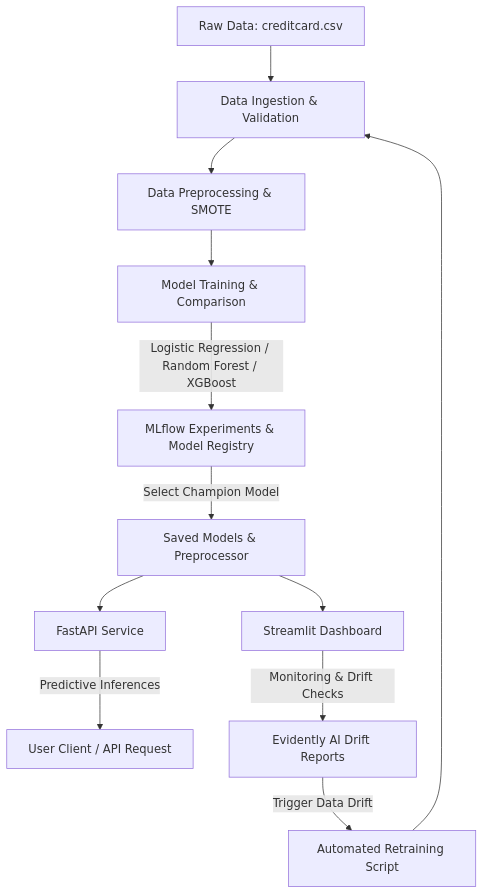
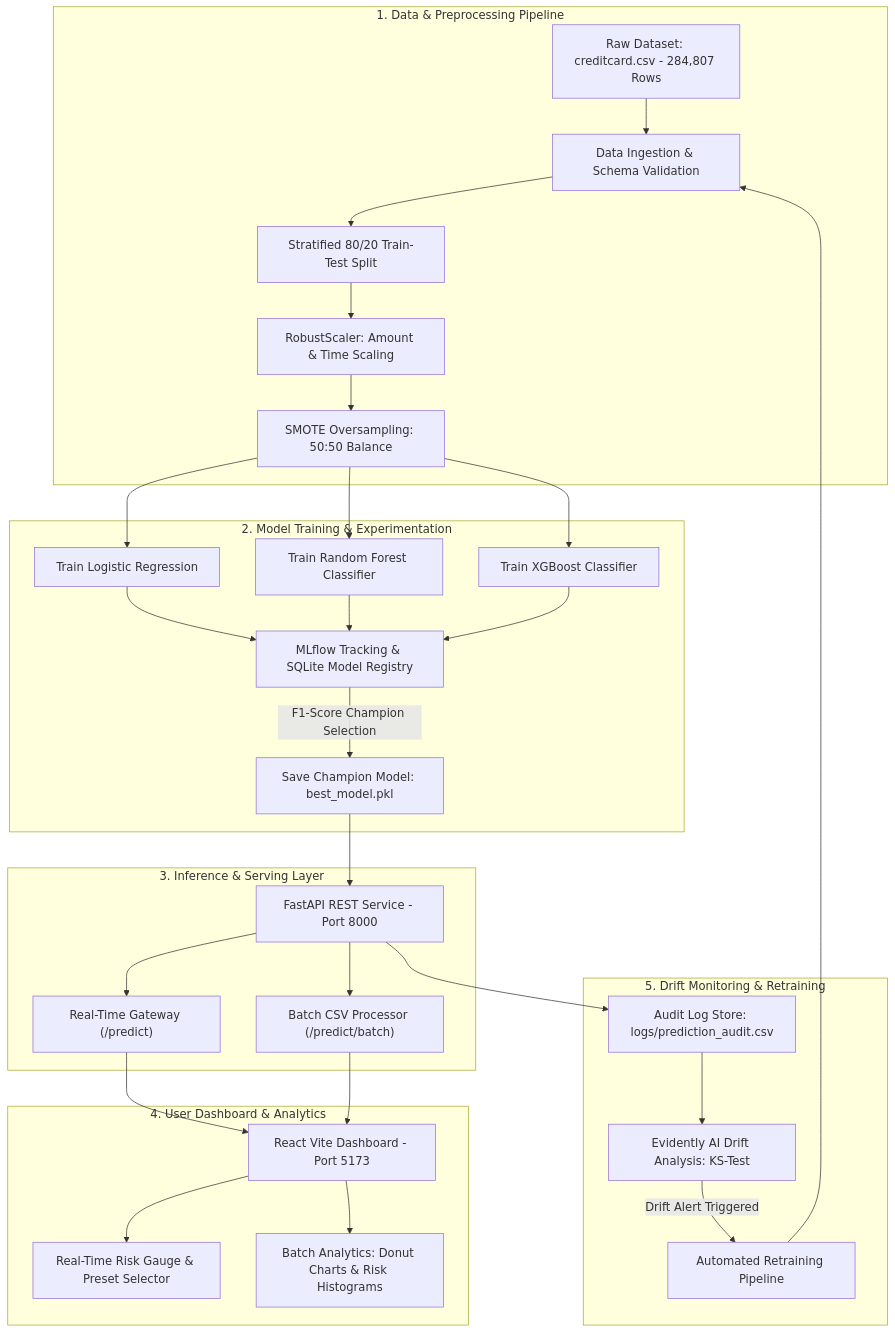
Before and after one commit to SRIKRISH-S/FraudGuard-MLOps: the diagram in README.md, drawn with Mermaid. The commit also changed other lines of this file, not shown here.

Commit message:
Overhaul README with Mermaid architecture diagram, model benchmarks, quickstart guides, and Render/Vercel/Railway deployment instructions

````diff
--- a/README.md
+++ b/README.md
@@ -11,14 +17,39 @@
 ```mermaid
 graph TD
-    A[Raw Data: creditcard.csv] --> B[Data Ingestion & Validation]
-    B --> C[Data Preprocessing & SMOTE]
-    C --> D[Model Training & Comparison]
-    D -->|Logistic Regression / Random Forest / XGBoost| E[MLflow Experiments & Model Registry]
-    E -->|Select Champion Model| F[Saved Models & Preprocessor]
-    F --> G[FastAPI Service]
-    F --> H[Streamlit Dashboard]
-    G -->|Predictive Inferences| I[User Client / API Request]
-    H -->|Monitoring & Drift Checks| J[Evidently AI Drift Reports]
-    J -->|Trigger Data Drift| K[Automated Retraining Script]
-    K --> B
+    subgraph DATA_PIPELINE ["1. Data & Preprocessing Pipeline"]
+        A[Raw Dataset: creditcard.csv - 284,807 Rows] --> B[Data Ingestion & Schema Validation]
+        B --> C[Stratified 80/20 Train-Test Split]
+        C --> D[RobustScaler: Amount & Time Scaling]
+        D --> E[SMOTE Oversampling: 50:50 Balance]
+    end
+
+    subgraph MODEL_PIPELINE ["2. Model Training & Experimentation"]
+        E --> F[Train Logistic Regression]
+        E --> G[Train Random Forest Classifier]
+        E --> H[Train XGBoost Classifier]
+        F --> I[MLflow Tracking & SQLite Model Registry]
+        G --> I
+        H --> I
+        I -->|F1-Score Champion Selection| J[Save Champion Model: best_model.pkl]
+    end
+
+    subgraph SERVING_LAYER ["3. Inference & Serving Layer"]
+        J --> K[FastAPI REST Service - Port 8000]
+        K --> L["Real-Time Gateway (/predict)"]
+        K --> M["Batch CSV Processor (/predict/batch)"]
+    end
+
+    subgraph FRONTEND_DASHBOARD ["4. User Dashboard & Analytics"]
+        L --> N["React Vite Dashboard - Port 5173"]
+        M --> N
+        N --> O[Real-Time Risk Gauge & Preset Selector]
+        N --> P[Batch Analytics: Donut Charts & Risk Histograms]
+    end
+
+    subgraph MLOPS_MONITORING ["5. Drift Monitoring & Retraining"]
+        K --> Q[Audit Log Store: logs/prediction_audit.csv]
+        Q --> R[Evidently AI Drift Analysis: KS-Test]
+        R -->|Drift Alert Triggered| S[Automated Retraining Pipeline]
+        S --> B
+    end
 ```
````
